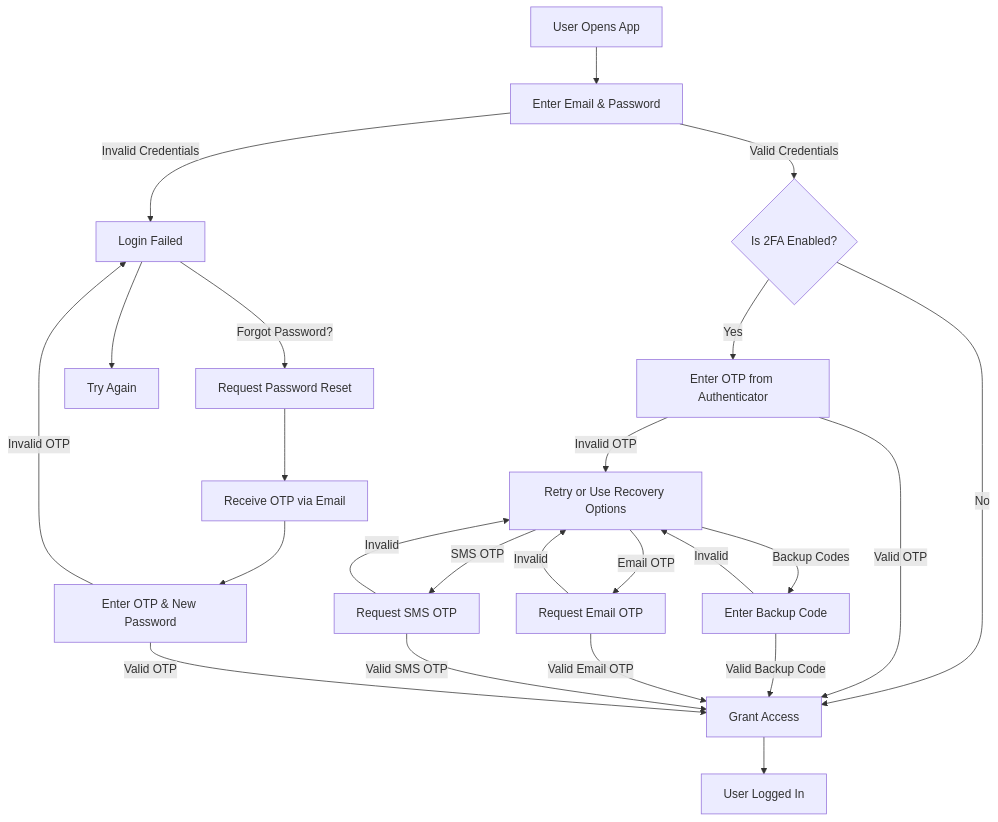
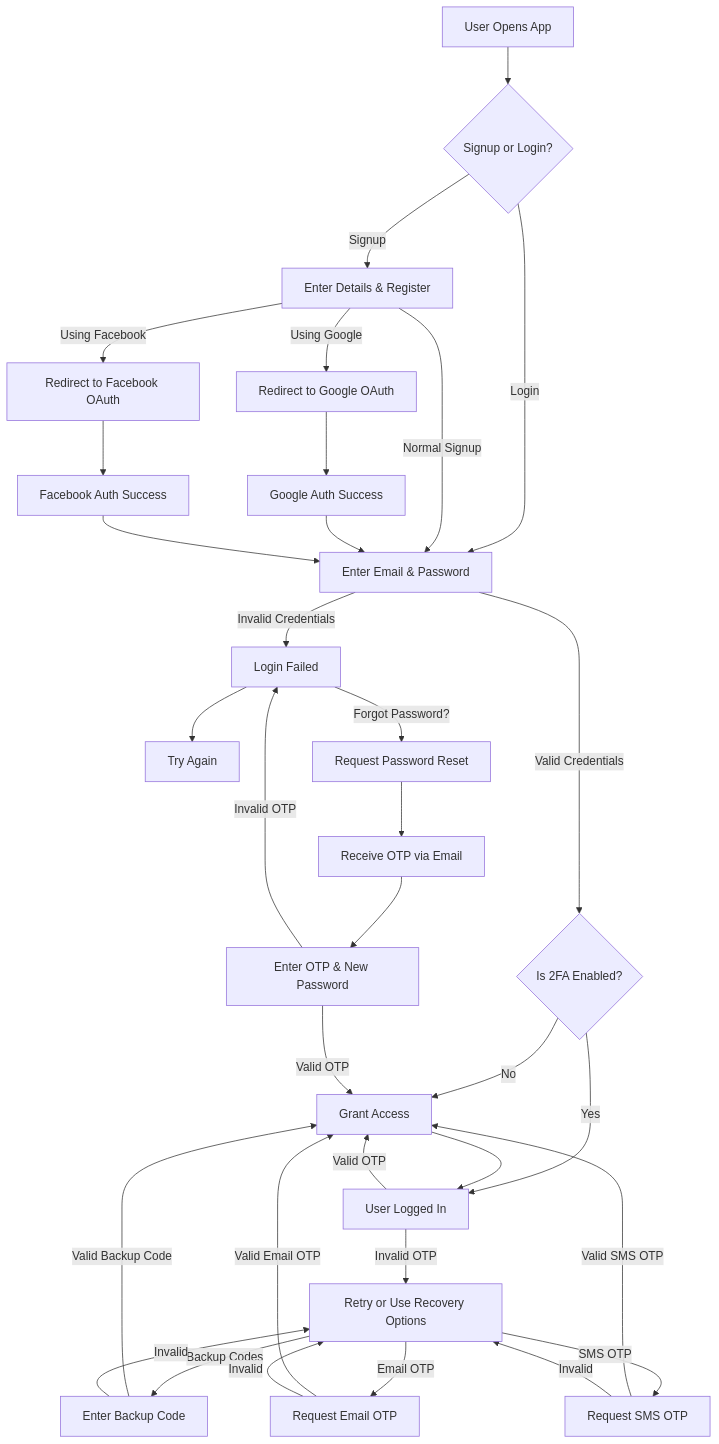
One commit to goudaabdulhmid2/node-user-auth--2fa changed the diagram in README.md. Above: the diagram before and after it, drawn with Mermaid.

Commit message:
updat-ReadMe

````diff
--- a/README.md
+++ b/README.md
@@ -122,34 +122,44 @@
 ```mermaid
-%% User Authentication, 2FA & Password Recovery Flow
+%% User Authentication, OAuth, 2FA & Password Recovery Flow
 graph TD;
-    A[User Opens App] --> B[Enter Email & Password];
-    B -->|Valid Credentials| C{Is 2FA Enabled?};
-    B -->|Invalid Credentials| X[Login Failed];
+    A[User Opens App] --> B{Signup or Login?};
+    B -->|Signup| C[Enter Details & Register];
+    B -->|Login| D[Enter Email & Password];
 
-    C -->|No| D[Grant Access];
-    C -->|Yes| E[Enter OTP from Authenticator];
+    C -->|Using Google| G[Redirect to Google OAuth];
+    C -->|Using Facebook| F[Redirect to Facebook OAuth];
+    C -->|Normal Signup| D;
 
-    E -->|Valid OTP| D;
-    E -->|Invalid OTP| Y[Retry or Use Recovery Options];
+    G --> H[Google Auth Success] --> D;
+    F --> I[Facebook Auth Success] --> D;
+
+    D -->|Valid Credentials| J{Is 2FA Enabled?};
+    D -->|Invalid Credentials| X[Login Failed];
+
+    J -->|No| K[Grant Access];
+    J -->|Yes| L[Enter OTP from Authenticator];
+
+    L -->|Valid OTP| K;
+    L -->|Invalid OTP| Y[Retry or Use Recovery Options];
 
     Y -->|Backup Codes| Z[Enter Backup Code];
     Y -->|Email OTP| W[Request Email OTP];
     Y -->|SMS OTP| V[Request SMS OTP];
 
-    Z -->|Valid Backup Code| D;
-    W -->|Valid Email OTP| D;
-    V -->|Valid SMS OTP| D;
+    Z -->|Valid Backup Code| K;
+    W -->|Valid Email OTP| K;
+    V -->|Valid SMS OTP| K;
 
     Z -->|Invalid| Y;
     W -->|Invalid| Y;
     V -->|Invalid| Y;
 
-    D --> L[User Logged In];
+    K --> L[User Logged In];
     X --> M[Try Again];
 
     X -->|Forgot Password?| N[Request Password Reset];
     N --> O[Receive OTP via Email];
     O --> P[Enter OTP & New Password];
-    P -->|Valid OTP| D;
+    P -->|Valid OTP| K;
     P -->|Invalid OTP| X;
 ```
````
